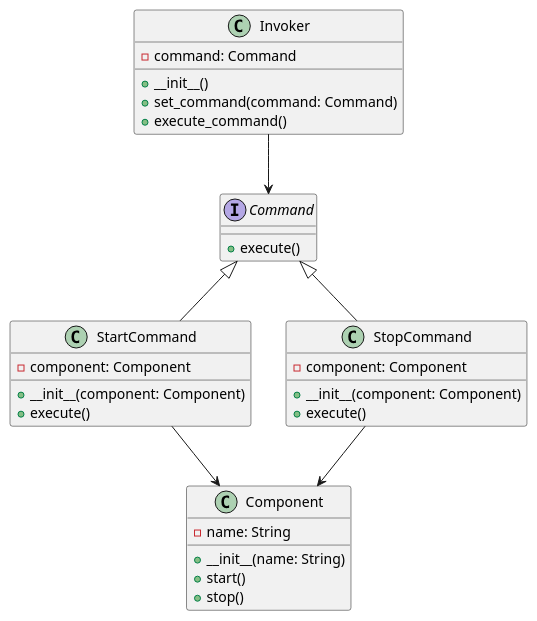
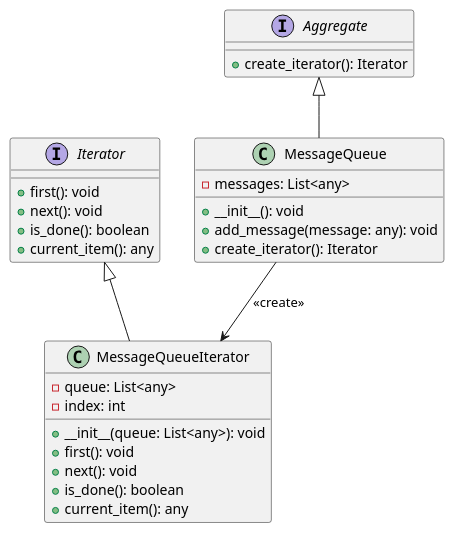
Before and after one commit to andrewovchinnikov/design-patterns: the diagram in klassifikaciya-patternov/povedencheskie-patterny-behavioral-patterns/iterator-iterator/primery/obkhod-elementov-v-ocheredi-soobshenii/python.md, drawn with PlantUML. The commit also changed other lines of this file and 87 other files, not shown here.

````diff
--- a/klassifikaciya-patternov/povedencheskie-patterny-behavioral-patterns/iterator-iterator/primery/obkhod-elementov-v-ocheredi-soobshenii/python.md
+++ b/klassifikaciya-patternov/povedencheskie-patterny-behavioral-patterns/iterator-iterator/primery/obkhod-elementov-v-ocheredi-soobshenii/python.md
@@ -108,39 +115,37 @@
 ```plantuml
 @startuml
-interface Command {
-    +execute()
+
+interface Iterator {
+    +first(): void
+    +next(): void
+    +is_done(): boolean
+    +current_item(): any
 }
 
-class StartCommand {
-    -component: Component
-    +__init__(component: Component)
-    +execute()
+class MessageQueueIterator {
+    -queue: List<any>
+    -index: int
+    +__init__(queue: List<any>): void
+    +first(): void
+    +next(): void
+    +is_done(): boolean
+    +current_item(): any
 }
 
-class StopCommand {
-    -component: Component
-    +__init__(component: Component)
-    +execute()
+interface Aggregate {
+    +create_iterator(): Iterator
 }
 
-class Component {
-    -name: String
-    +__init__(name: String)
-    +start()
-    +stop()
+class MessageQueue {
+    -messages: List<any>
+    +__init__(): void
+    +add_message(message: any): void
+    +create_iterator(): Iterator
 }
 
-class Invoker {
-    -command: Command
-    +__init__()
-    +set_command(command: Command)
-    +execute_command()
-}
+Iterator <|-- MessageQueueIterator
+Aggregate <|-- MessageQueue
+MessageQueue --> MessageQueueIterator: <<create>>
 
-Command <|-- StartCommand
-Command <|-- StopCommand
-StartCommand --> Component
-StopCommand --> Component
-Invoker --> Command
 @enduml
 ```
````
